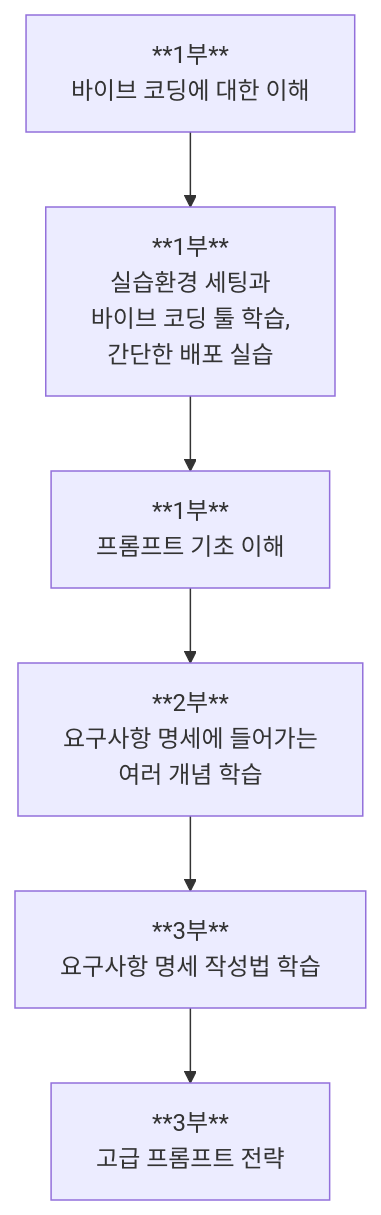
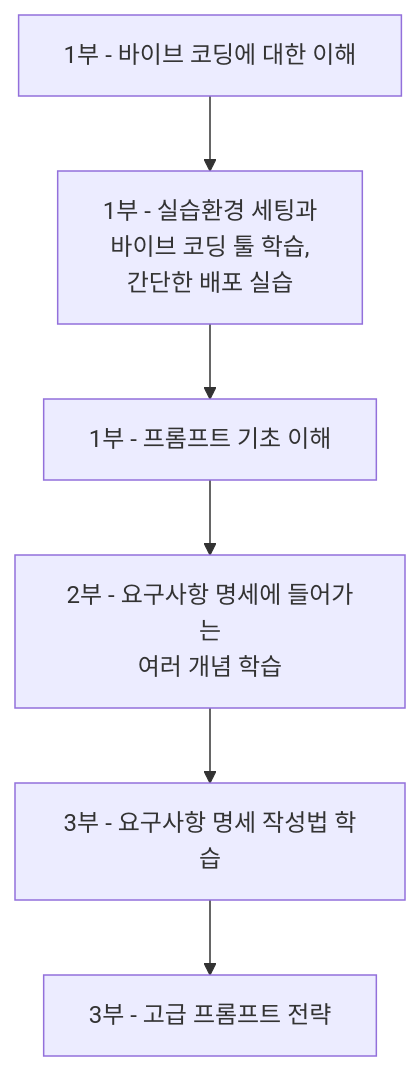
One commit to nugurejeil/weniVooks changed the diagram in _md/essentials-vibecoding/chapter04/04-1.md. Above: the diagram before and after it, drawn with Mermaid. The commit also changed other lines of this file and 133 other files, not shown here.

````diff
--- a/_md/essentials-vibecoding/chapter04/04-1.md
+++ b/_md/essentials-vibecoding/chapter04/04-1.md
@@ -15,8 +15,8 @@
 ```mermaid
 flowchart TD
-    A[**1부**<br/>바이브 코딩에 대한 이해] --> B[**1부**<br/>실습환경 세팅과<br/>바이브 코딩 툴 학습,<br/>간단한 배포 실습]
-    B --> C[**1부**<br/>프롬프트 기초 이해]
-    C --> D[**2부**<br/>요구사항 명세에 들어가는<br/>여러 개념 학습]
-    D --> E[**3부**<br/>요구사항 명세 작성법 학습]
-    E --> F[**3부**<br/>고급 프롬프트 전략]
+    A["1부 - 바이브 코딩에 대한 이해"] --> B["1부 - 실습환경 세팅과<br/>바이브 코딩 툴 학습,<br/>간단한 배포 실습"]
+    B --> C["1부 - 프롬프트 기초 이해"]
+    C --> D["2부 - 요구사항 명세에 들어가는<br/>여러 개념 학습"]
+    D --> E["3부 - 요구사항 명세 작성법 학습"]
+    E --> F["3부 - 고급 프롬프트 전략"]
 ```
````
